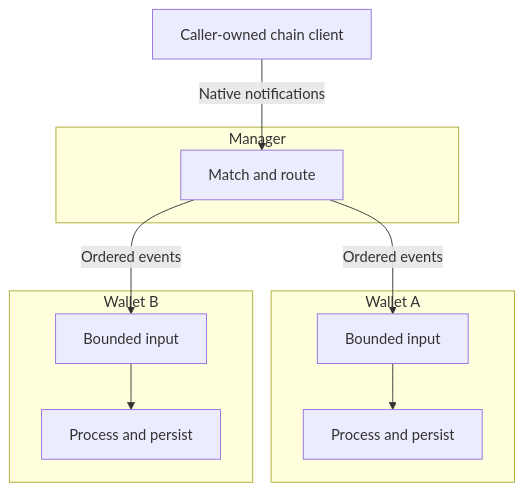
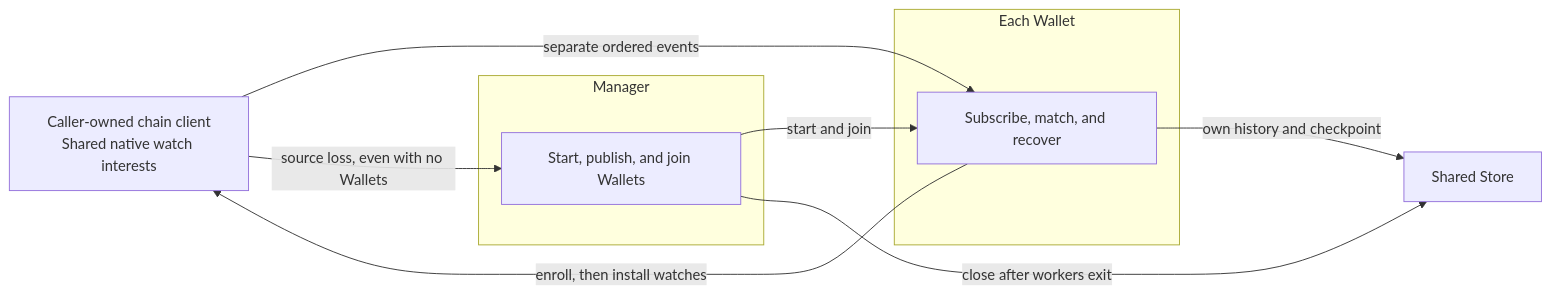
One commit to btcsuite/btcwallet changed the diagram in docs/developer/adr/0017-manager-chain-routing.md. Above: the diagram before and after it, drawn with Mermaid. The commit also changed other lines of this file and 4 other files, not shown here.

First line of the commit message:
docs: explain Wallet-owned chain recovery

````diff
--- a/docs/developer/adr/0017-manager-chain-routing.md
+++ b/docs/developer/adr/0017-manager-chain-routing.md
@@ -48,20 +54,19 @@
 ```mermaid
-flowchart TB
-    %% One native stream enters Manager, which selects Wallet recipients.
-    C["Caller-owned chain client"]
+flowchart LR
+    %% Lifecycle and events follow separate edges so Manager can observe
+    %% source loss independently of Wallet enrollment and event delivery.
+    C["Caller-owned chain client<br/>Shared native watch interests"]
+    D["Shared Store"]
     subgraph M["Manager"]
-        R["Match and route"]
+        L["Start, publish, and join Wallets"]
     end
-
-    %% Each Wallet owns its bounded input and processing worker.
-    subgraph W1["Wallet A"]
-        Q1["Bounded input"] --> P1["Process and persist"]
+    subgraph W["Each Wallet"]
+        S["Subscribe, match, and recover"]
     end
-    subgraph W2["Wallet B"]
-        Q2["Bounded input"] --> P2["Process and persist"]
-    end
-
-    C -->|"Native notifications"| R
-    R -->|"Ordered events"| Q1
-    R -->|"Ordered events"| Q2
+    L -->|"start and join"| S
+    C -->|"separate ordered events"| S
+    S -->|"enroll, then install watches"| C
+    C -->|"source loss, even with no Wallets"| L
+    S -->|"own history and checkpoint"| D
+    L -->|"close after workers exit"| D
 ```
````
